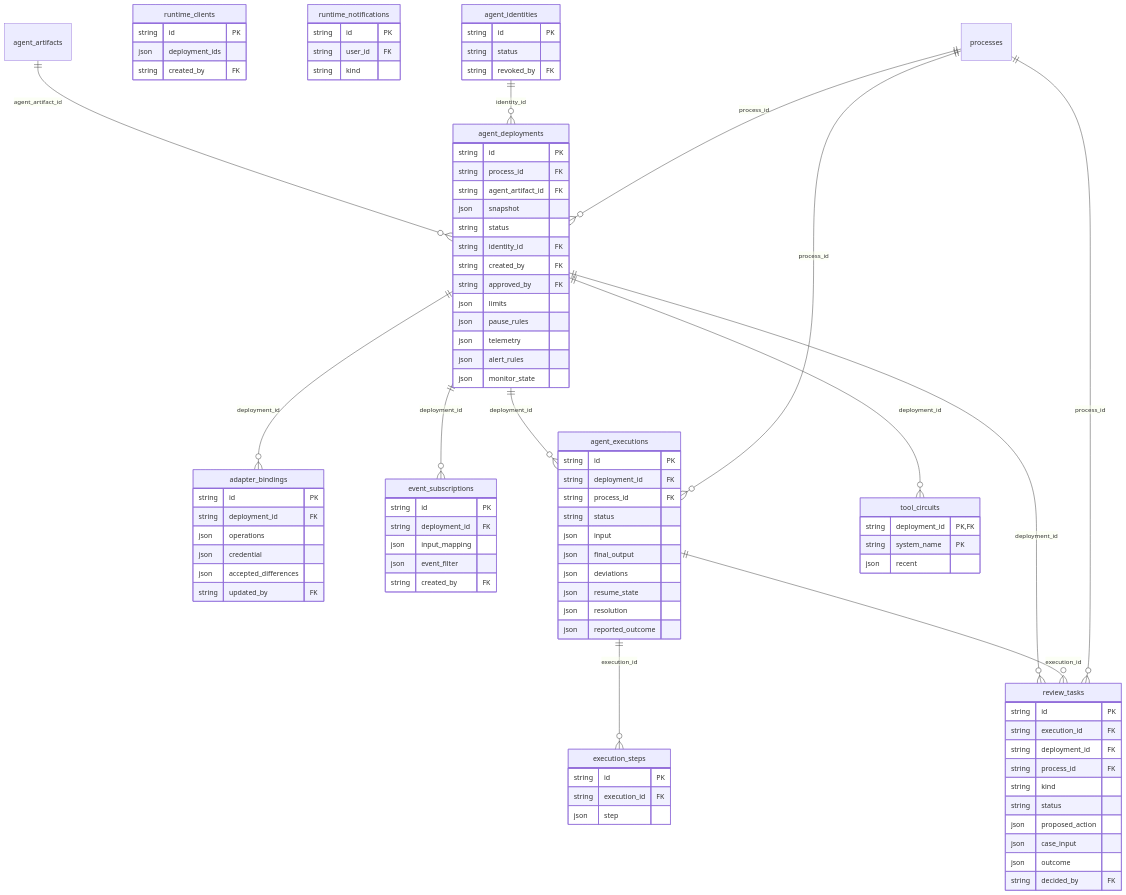
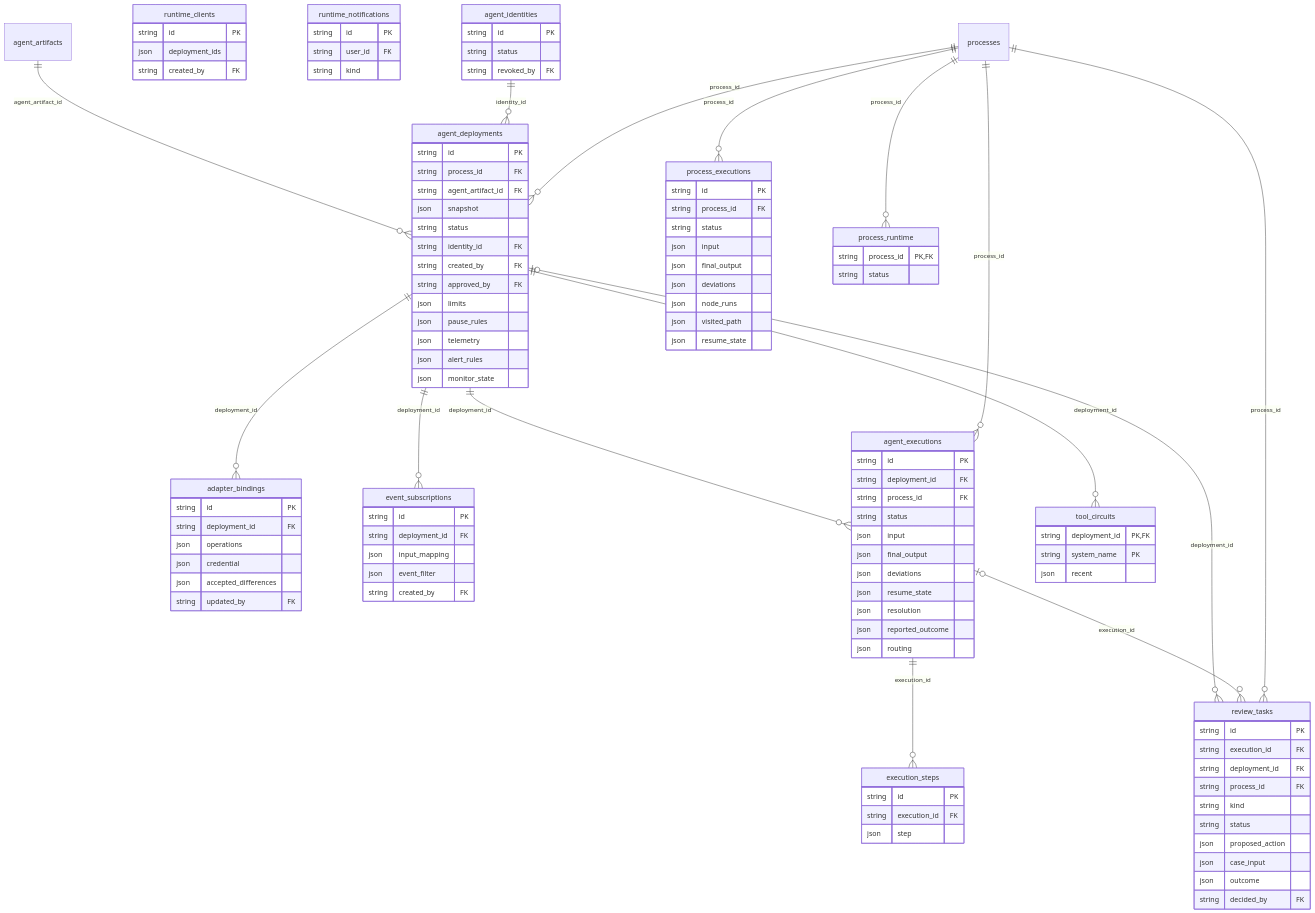
One commit to jayendukumar/agentify changed the seventh of 9 diagrams in docs/wiki/Data-Model.md. Above: the diagram before and after it, drawn with Mermaid. The commit also changed other lines of this file and 25 other files, not shown here.

````diff
--- a/docs/wiki/Data-Model.md
+++ b/docs/wiki/Data-Model.md
@@ -570,6 +570,7 @@
         json resume_state
         json resolution
         json reported_outcome
+        json routing
     }
     execution_steps {
         string id PK
@@ -598,6 +599,21 @@
         string system_name PK
         json recent
     }
+    process_executions {
+        string id PK
+        string process_id FK
+        string status
+        json input
+        json final_output
+        json deviations
+        json node_runs
+        json visited_path
+        json resume_state
+    }
+    process_runtime {
+        string process_id PK,FK
+        string status
+    }
     agent_artifacts { }
     processes { }
     agent_artifacts ||--o{ agent_deployments : "agent_artifact_id"
@@ -608,8 +624,10 @@
     agent_deployments ||--o{ agent_executions : "deployment_id"
     processes ||--o{ agent_executions : "process_id"
     agent_executions ||--o{ execution_steps : "execution_id"
-    agent_deployments ||--o{ review_tasks : "deployment_id"
-    agent_executions ||--o{ review_tasks : "execution_id"
+    agent_deployments o|--o{ review_tasks : "deployment_id"
+    agent_executions o|--o{ review_tasks : "execution_id"
     processes ||--o{ review_tasks : "process_id"
     agent_deployments ||--o{ tool_circuits : "deployment_id"
+    processes ||--o{ process_executions : "process_id"
+    processes ||--o{ process_runtime : "process_id"
 ```
````
